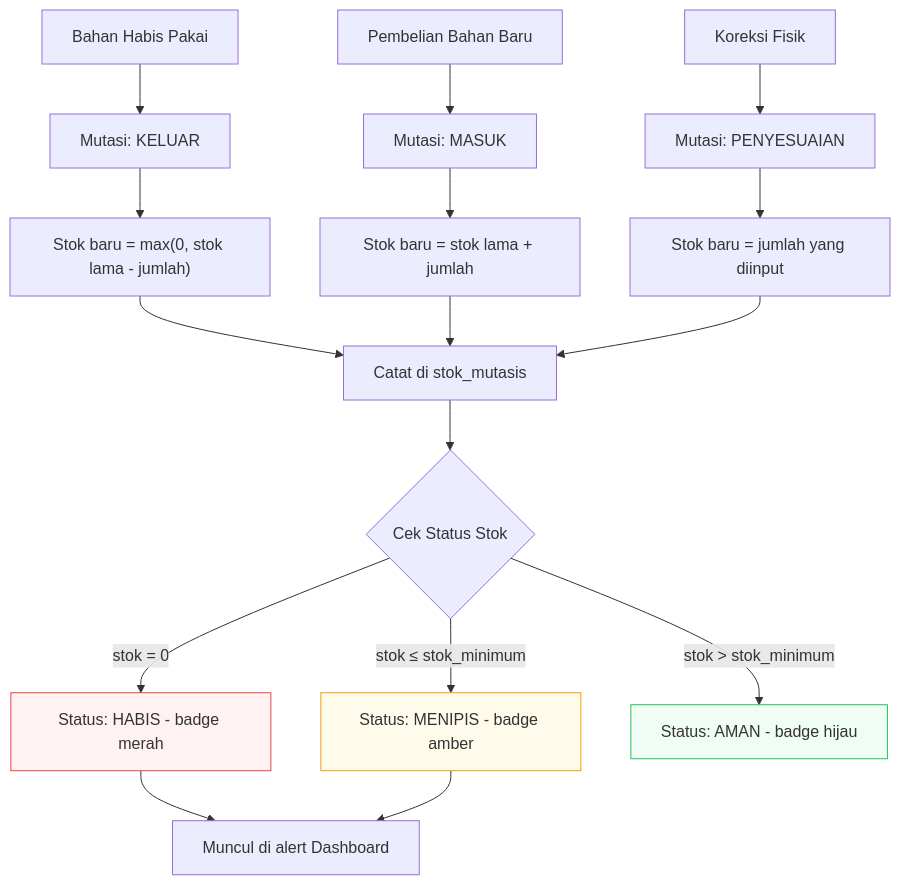
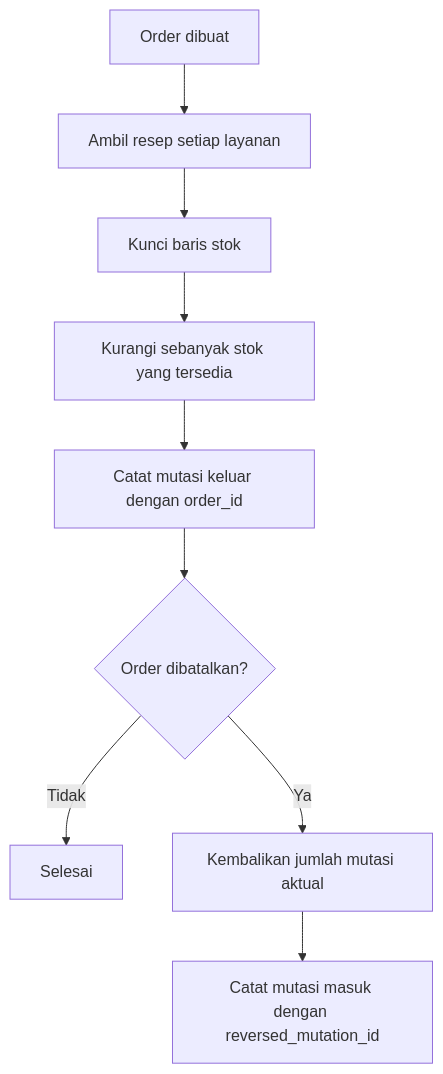
The fourth of 4 diagrams in docs/business-flow.md (m0gsy/cuci-sepatu), drawn with Mermaid before and after one commit. The commit also changed other lines of this file and 136 other files, not shown here.

````diff
--- a/docs/business-flow.md
+++ b/docs/business-flow.md
@@ -197,26 +78,11 @@
 ```mermaid
 flowchart TD
-    A[Bahan Habis Pakai] --> B[Mutasi: KELUAR]
-    C[Pembelian Bahan Baru] --> D[Mutasi: MASUK]
-    E[Koreksi Fisik] --> F[Mutasi: PENYESUAIAN]
-
-    B --> G["Stok baru = max(0, stok lama - jumlah)"]
-    D --> H[Stok baru = stok lama + jumlah]
-    F --> I[Stok baru = jumlah yang diinput]
-
-    G --> J[Catat di stok_mutasis]
-    H --> J
-    I --> J
-
-    J --> K{Cek Status Stok}
-    K -->|stok = 0| L[Status: HABIS - badge merah]
-    K -->|stok ≤ stok_minimum| M[Status: MENIPIS - badge amber]
-    K -->|stok > stok_minimum| N[Status: AMAN - badge hijau]
-
-    L --> O[Muncul di alert Dashboard]
-    M --> O
-
-    style L fill:#fef2f2,stroke:#ef4444
-    style M fill:#fffbeb,stroke:#f59e0b
-    style N fill:#f0fdf4,stroke:#22c55e
+    A[Order dibuat] --> B[Ambil resep setiap layanan]
+    B --> C[Kunci baris stok]
+    C --> D[Kurangi sebanyak stok yang tersedia]
+    D --> E[Catat mutasi keluar dengan order_id]
+    E --> F{Order dibatalkan?}
+    F -->|Tidak| G[Selesai]
+    F -->|Ya| H[Kembalikan jumlah mutasi aktual]
+    H --> I[Catat mutasi masuk dengan reversed_mutation_id]
 ```
````
